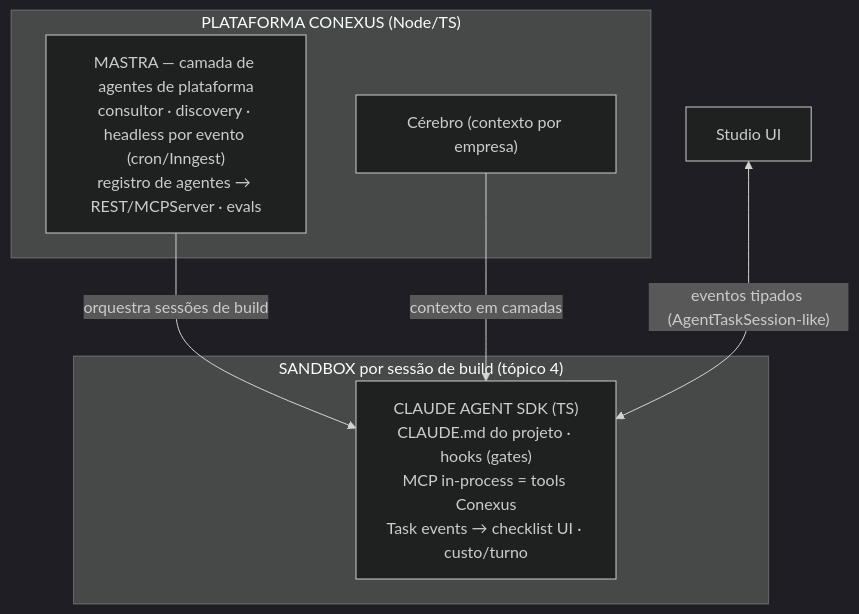
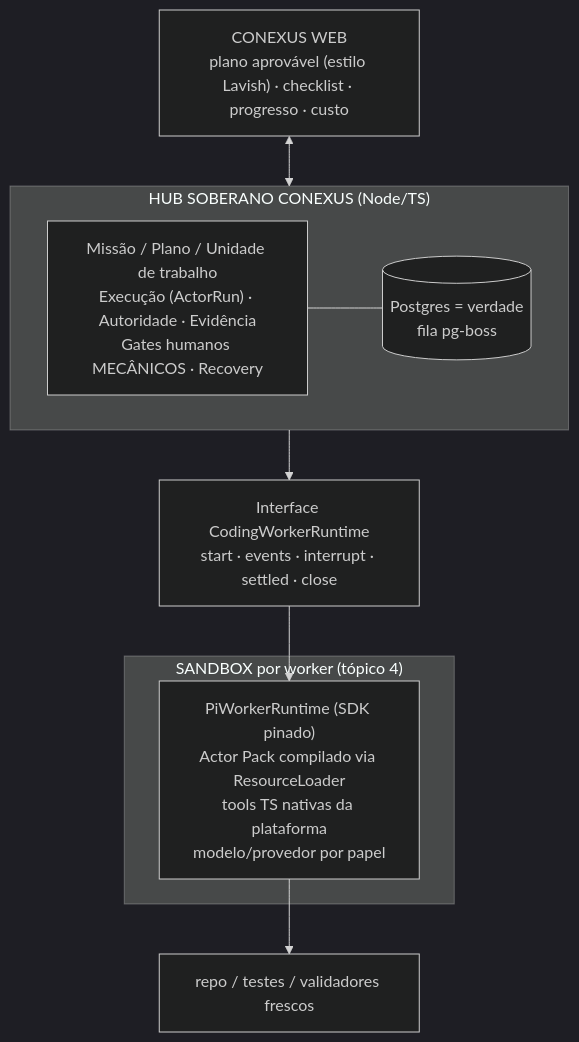
The diagram in docs/conexus/04-runtime-agente.md (developmentconexus-ops/mnfs), drawn with Mermaid (dark theme) before and after one commit. The commit also changed other lines of this file and 2 other files, not shown here.

First line of the commit message:
docs(conexus): C-002 ratificada - runtime do agente (hub proprio + workers Pi)

````diff
--- a/docs/conexus/04-runtime-agente.md
+++ b/docs/conexus/04-runtime-agente.md
@@ -75,13 +65,16 @@
 ```mermaid
 flowchart TB
-    subgraph plataforma["PLATAFORMA CONEXUS (Node/TS)"]
-        mastra["MASTRA — camada de agentes de plataforma<br/>consultor · discovery · headless por evento (cron/Inngest)<br/>registro de agentes → REST/MCPServer · evals"]
-        cerebro["Cérebro (contexto por empresa)"]
+    ui["CONEXUS WEB<br/>plano aprovável (estilo Lavish) · checklist · progresso · custo"]
+    subgraph hub["HUB SOBERANO CONEXUS (Node/TS)"]
+        dom["Missão / Plano / Unidade de trabalho<br/>Execução (ActorRun) · Autoridade · Evidência<br/>Gates humanos MECÂNICOS · Recovery"]
+        pg[("Postgres = verdade<br/>fila pg-boss")]
     end
-    subgraph sandbox["SANDBOX por sessão de build (tópico 4)"]
-        sdk["CLAUDE AGENT SDK (TS)<br/>CLAUDE.md do projeto · hooks (gates)<br/>MCP in-process = tools Conexus<br/>Task events → checklist UI · custo/turno"]
+    port["Interface CodingWorkerRuntime<br/>start · events · interrupt · settled · close"]
+    subgraph sb["SANDBOX por worker (tópico 4)"]
+        pi["PiWorkerRuntime (SDK pinado)<br/>Actor Pack compilado via ResourceLoader<br/>tools TS nativas da plataforma<br/>modelo/provedor por papel"]
     end
-    mastra -->|"orquestra sessões de build"| sdk
-    cerebro -->|"contexto em camadas"| sdk
-    ui["Studio UI"] <-->|"eventos tipados (AgentTaskSession-like)"| sdk
+    ui <--> hub
+    dom --- pg
+    hub --> port --> pi
+    pi --> repo["repo / testes / validadores frescos"]
 ```
````
